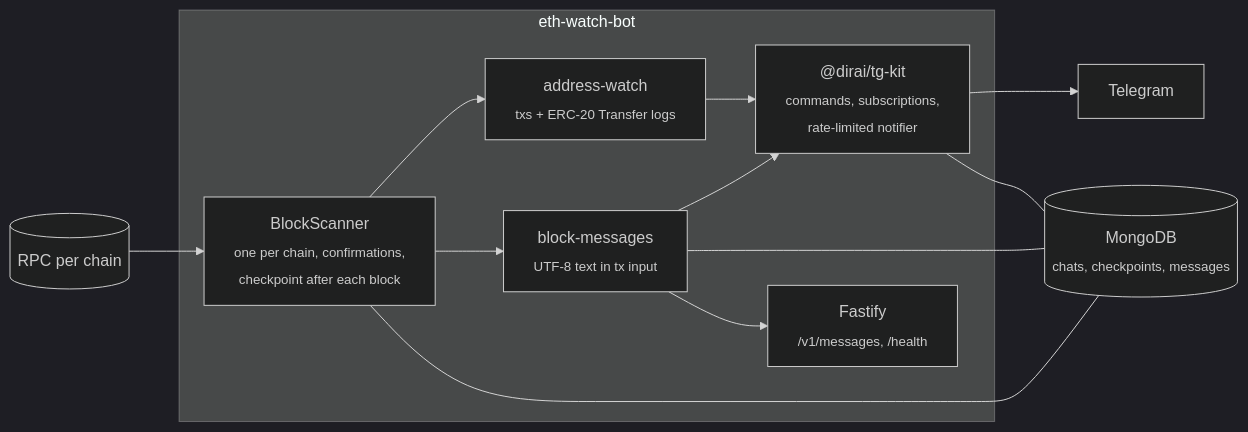
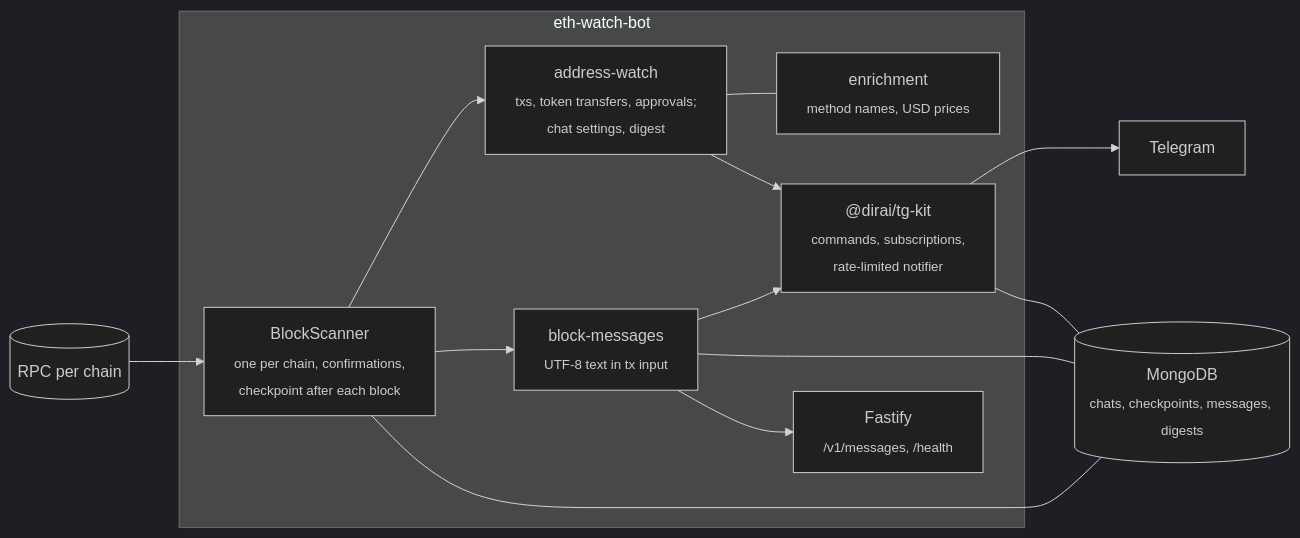
One commit to DiRaiks/eth-watch-bot changed the diagram in README.md. Above: the diagram before and after it, drawn with Mermaid (dark theme). The commit also changed other lines of this file and 31 other files, not shown here.

First line of the commit message:
feat: alert on signs of a compromised wallet, with chat settings and a digest

````diff
--- a/README.md
+++ b/README.md
@@ -53,20 +59,22 @@
 ```mermaid
 flowchart LR
   rpc[("RPC per chain")]
   subgraph bot["eth-watch-bot"]
     scanner["BlockScanner<br/><sub>one per chain, confirmations,<br/>checkpoint after each block</sub>"]
-    watch["address-watch<br/><sub>txs + ERC-20 Transfer logs</sub>"]
+    watch["address-watch<br/><sub>txs, token transfers, approvals;<br/>chat settings, digest</sub>"]
+    enrich["enrichment<br/><sub>method names, USD prices</sub>"]
     messages["block-messages<br/><sub>UTF-8 text in tx input</sub>"]
     kit["@dirai/tg-kit<br/><sub>commands, subscriptions,<br/>rate-limited notifier</sub>"]
     api["Fastify<br/><sub>/v1/messages, /health</sub>"]
   end
-  mongo[("MongoDB<br/><sub>chats, checkpoints, messages</sub>")]
+  mongo[("MongoDB<br/><sub>chats, checkpoints, messages, digests</sub>")]
   tg["Telegram"]
 
   rpc --> scanner --> watch & messages
+  watch --- enrich
   watch & messages --> kit --> tg
   scanner --- mongo
   kit --- mongo
   messages --- mongo
   messages --> api
 ```
````
